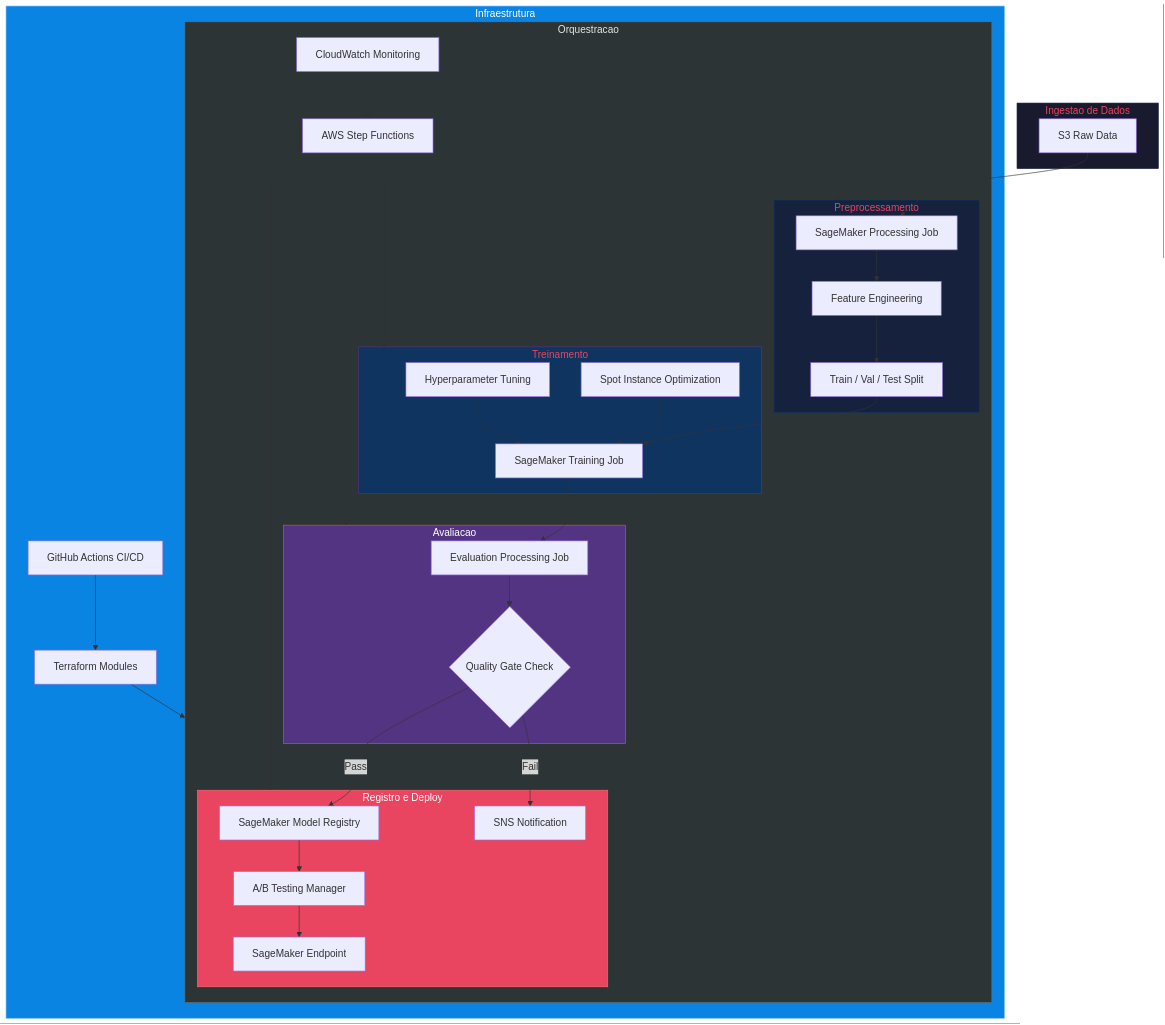
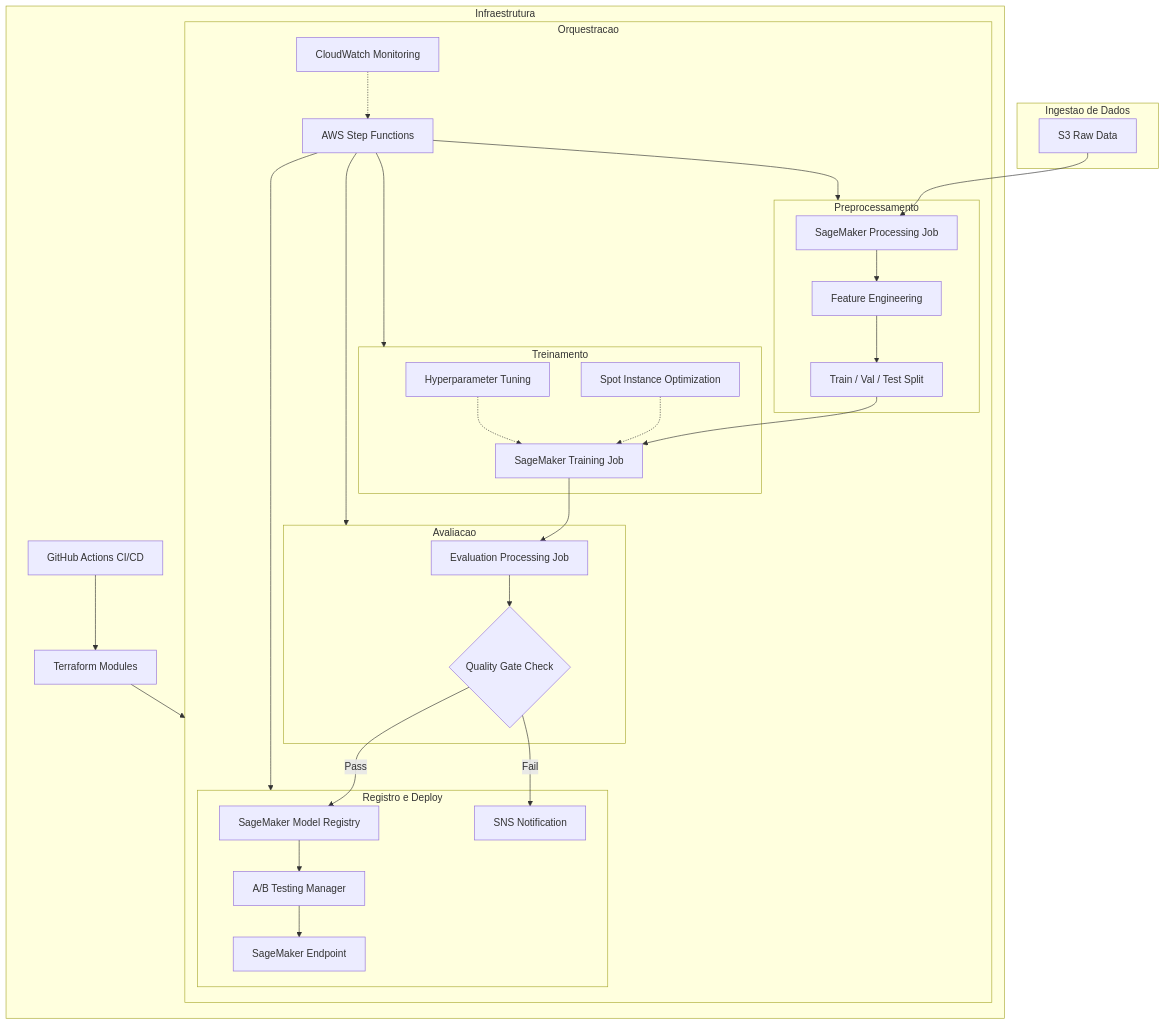
Before and after one commit to galafis/sagemaker-mlops-pipeline-aws: the first of 2 diagrams in README.md, drawn with Mermaid. The commit also changed other lines of this file, not shown here.

````diff
--- a/README.md
+++ b/README.md
@@ -42,60 +39,53 @@
 ```mermaid
 flowchart TB
     subgraph Ingestion["Ingestao de Dados"]
-        style Ingestion fill:#1a1a2e,stroke:#16213e,color:#e94560
         S3Raw["S3 Raw Data"]
     end
 
     subgraph Processing["Preprocessamento"]
-        style Processing fill:#16213e,stroke:#0f3460,color:#e94560
         Preprocess["SageMaker Processing Job"]
         FeatEng["Feature Engineering"]
         Split["Train / Val / Test Split"]
         S3Raw --> Preprocess --> FeatEng --> Split
     end
 
     subgraph Training["Treinamento"]
-        style Training fill:#0f3460,stroke:#533483,color:#e94560
         TrainJob["SageMaker Training Job"]
         SpotOpt["Spot Instance Optimization"]
         HyperTune["Hyperparameter Tuning"]
         Split --> TrainJob
         SpotOpt -.-> TrainJob
         HyperTune -.-> TrainJob
     end
 
     subgraph Evaluation["Avaliacao"]
-        style Evaluation fill:#533483,stroke:#e94560,color:#fff
         EvalJob["Evaluation Processing Job"]
         QualityGate{"Quality Gate Check"}
         TrainJob --> EvalJob --> QualityGate
     end
 
     subgraph Registry["Registro e Deploy"]
-        style Registry fill:#e94560,stroke:#ff6b6b,color:#fff
         ModelReg["SageMaker Model Registry"]
         ABTest["A/B Testing Manager"]
         Endpoint["SageMaker Endpoint"]
         QualityGate -->|Pass| ModelReg --> ABTest --> Endpoint
         QualityGate -->|Fail| Notify["SNS Notification"]
     end
 
     subgraph Orchestration["Orquestracao"]
-        style Orchestration fill:#2d3436,stroke:#636e72,color:#dfe6e9
         StepFunc["AWS Step Functions"]
         CloudWatch["CloudWatch Monitoring"]
         StepFunc --> Processing
         StepFunc --> Training
         StepFunc --> Evaluation
         StepFunc --> Registry
         CloudWatch -.-> StepFunc
     end
 
     subgraph IaC["Infraestrutura"]
-        style IaC fill:#0984e3,stroke:#74b9ff,color:#fff
         Terraform["Terraform Modules"]
         CICD["GitHub Actions CI/CD"]
         Terraform --> Orchestration
         CICD --> Terraform
     end
 ```
````
